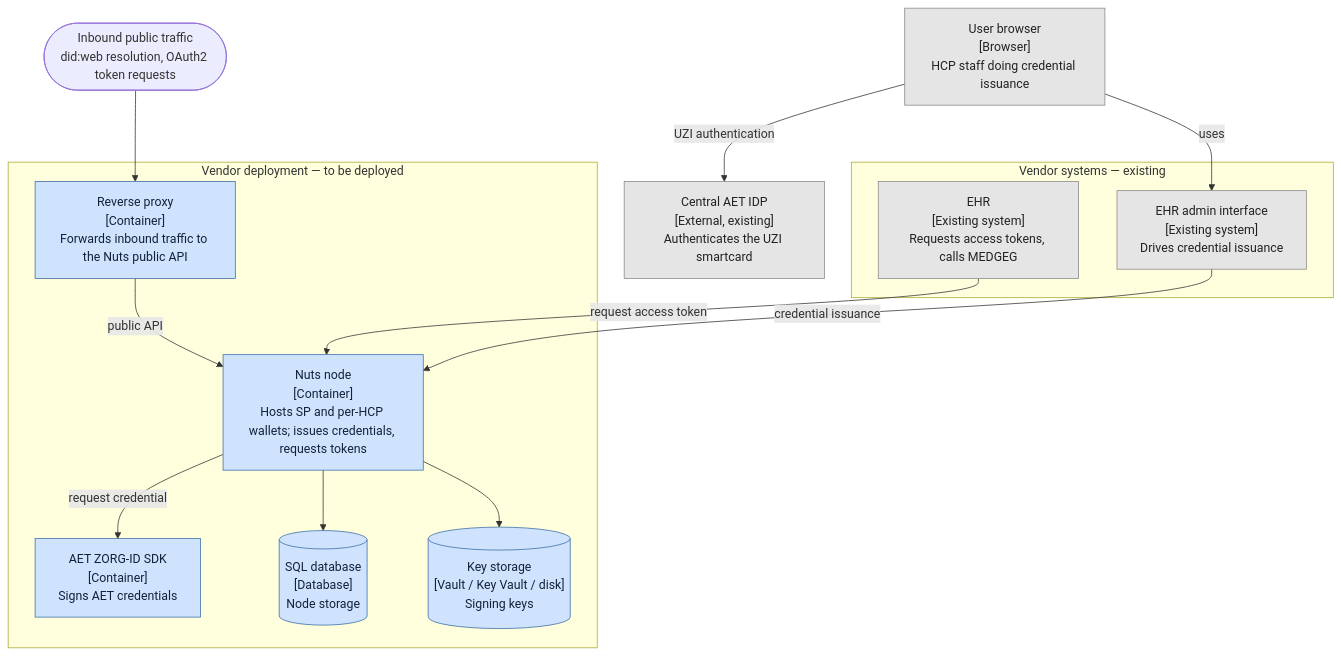
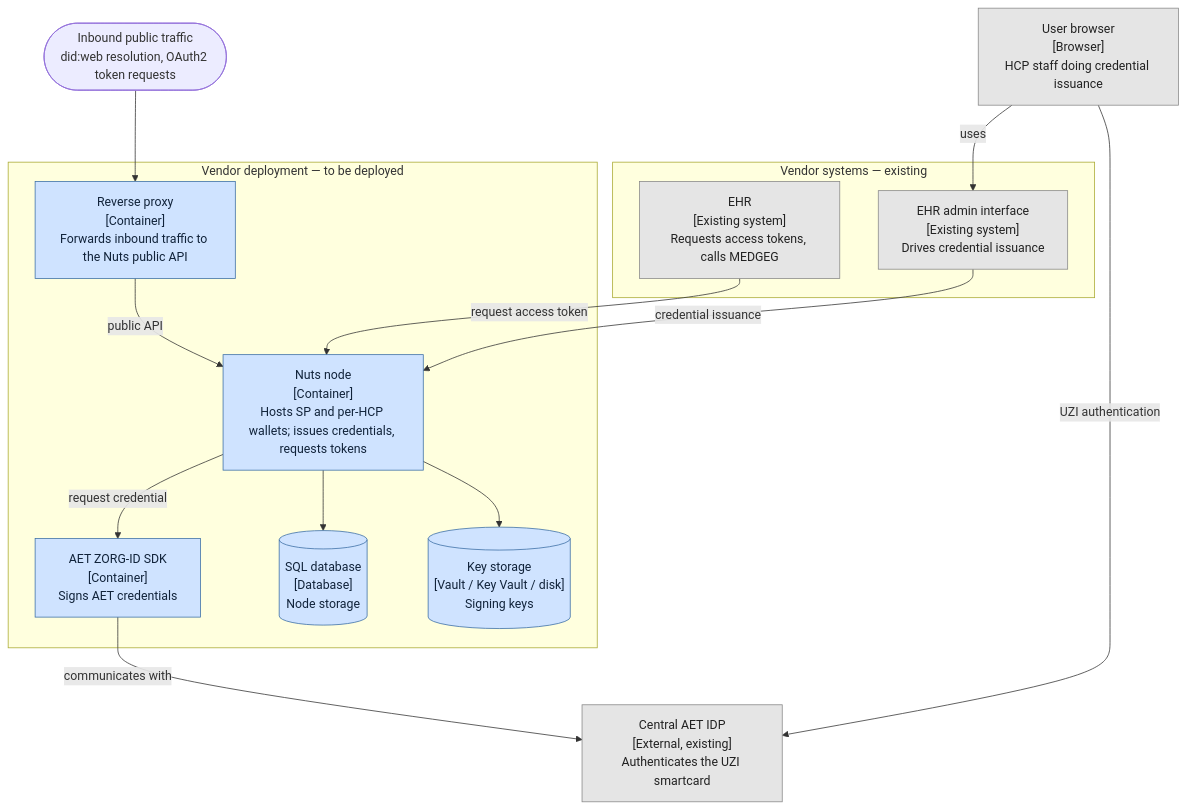
One commit to nuts-foundation/lspxnuts-pilots changed the diagram in docs/deployment-guide.md. Above: the diagram before and after it, drawn with Mermaid. The commit also changed other lines of this file, not shown here.

First line of the commit message:
docs: add AET SDK to AET IDP edge in deployment diagram

````diff
--- a/docs/deployment-guide.md
+++ b/docs/deployment-guide.md
@@ -32,36 +32,37 @@
 ```mermaid
 flowchart TB
   Browser["User browser<br/>[Browser]<br/>HCP staff doing credential issuance"]
 
   Inbound(["Inbound public traffic<br/>did:web resolution, OAuth2 token requests"])
 
   subgraph Vendor["Vendor deployment — to be deployed"]
     RP["Reverse proxy<br/>[Container]<br/>Forwards inbound traffic to the Nuts public API"]
     Node["Nuts node<br/>[Container]<br/>Hosts SP and per-HCP wallets; issues credentials, requests tokens"]
     AETSDK["AET ZORG-ID SDK<br/>[Container]<br/>Signs AET credentials"]
     DB[("SQL database<br/>[Database]<br/>Node storage")]
     Keys[("Key storage<br/>[Vault / Key Vault / disk]<br/>Signing keys")]
   end
 
   subgraph Systems["Vendor systems — existing"]
     EHR["EHR<br/>[Existing system]<br/>Requests access tokens, calls MEDGEG"]
     Admin["EHR admin interface<br/>[Existing system]<br/>Drives credential issuance"]
   end
 
   AETIDP["Central AET IDP<br/>[External, existing]<br/>Authenticates the UZI smartcard"]
 
   Inbound --> RP
   RP -->|public API| Node
   Node -->|request credential| AETSDK
+  AETSDK -->|communicates with| AETIDP
   Node --> DB
   Node --> Keys
   EHR -->|request access token| Node
   Admin -->|credential issuance| Node
   Browser -->|uses| Admin
   Browser -->|UZI authentication| AETIDP
 
   classDef deploy fill:#cfe3ff,stroke:#3b6ea5,color:#11233a;
   classDef existing fill:#e5e5e5,stroke:#888,color:#222;
   class RP,Node,AETSDK,DB,Keys deploy;
   class EHR,Admin,AETIDP,Browser existing;
 ```
````
